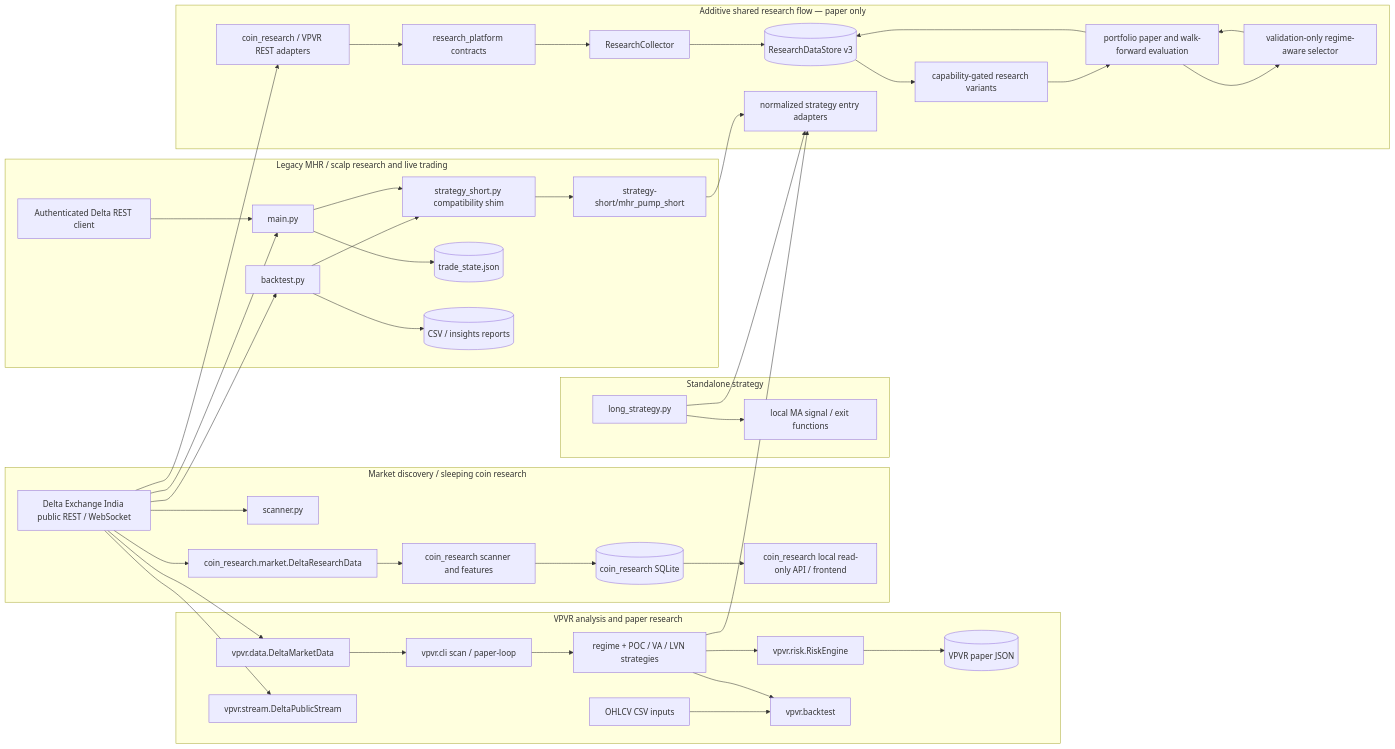
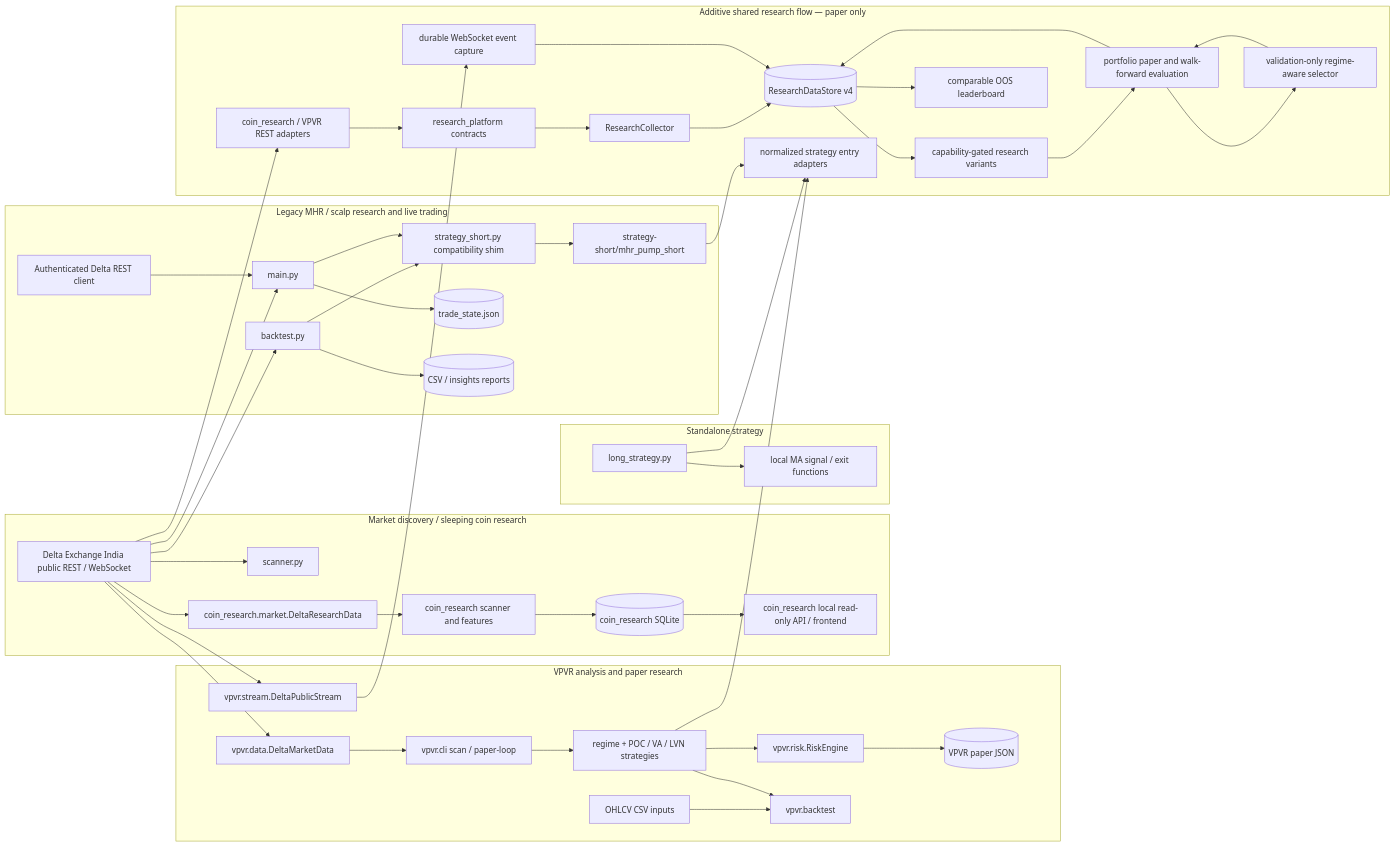
One commit to manjha28/del_trading_bot changed the diagram in docs/UNIFIED_PLATFORM_GAP_AUDIT.md. Above: the diagram before and after it, drawn with Mermaid. The commit also changed other lines of this file and 18 other files, not shown here.

````diff
--- a/docs/UNIFIED_PLATFORM_GAP_AUDIT.md
+++ b/docs/UNIFIED_PLATFORM_GAP_AUDIT.md
@@ -115,69 +168,73 @@
 ```mermaid
 flowchart LR
   Delta[Delta Exchange India public REST / WebSocket]
   Auth[Authenticated Delta REST client]
 
   subgraph Discovery["Market discovery / sleeping coin research"]
     Scanner[scanner.py]
     CoinMarket[coin_research.market.DeltaResearchData]
     CoinScan[coin_research scanner and features]
     CoinStore[(coin_research SQLite)]
     CoinUI[coin_research local read-only API / frontend]
     Delta --> Scanner
     Delta --> CoinMarket --> CoinScan --> CoinStore --> CoinUI
   end
 
   subgraph VPVR["VPVR analysis and paper research"]
     VPData[vpvr.data.DeltaMarketData]
     VPStream[vpvr.stream.DeltaPublicStream]
     VPScan[vpvr.cli scan / paper-loop]
     VPStrategies[regime + POC / VA / LVN strategies]
     VPRisk[vpvr.risk.RiskEngine]
     VPPaper[(VPVR paper JSON)]
     VPBT[vpvr.backtest]
     Delta --> VPData --> VPScan --> VPStrategies --> VPRisk --> VPPaper
     Delta --> VPStream
     CSV[OHLCV CSV inputs] --> VPBT
     VPStrategies --> VPBT
   end
 
   subgraph Legacy["Legacy MHR / scalp research and live trading"]
     Backtest[backtest.py]
     Shim[strategy_short.py compatibility shim]
     MHR[strategy-short/mhr_pump_short]
     Main[main.py]
     State[(trade_state.json)]
     Reports[(CSV / insights reports)]
     Delta --> Backtest
     Backtest --> Shim --> MHR
     Backtest --> Reports
     Delta --> Main
     Auth --> Main
     Main --> Shim
     Main --> State
   end
 
   subgraph Standalone["Standalone strategy"]
     Long[long_strategy.py]
     LongBT[local MA signal / exit functions]
     Long --> LongBT
   end
 
   subgraph Foundation["Additive shared research flow — paper only"]
     Contracts[research_platform contracts]
     Adapters[coin_research / VPVR REST adapters]
     Collector[ResearchCollector]
-    Canonical[(ResearchDataStore v3)]
+    Canonical[(ResearchDataStore v4)]
     SignalAdapters[normalized strategy entry adapters]
     Variants[capability-gated research variants]
     PaperEval[portfolio paper and walk-forward evaluation]
     Selector[validation-only regime-aware selector]
+    Leaderboard[comparable OOS leaderboard]
+    DurableCapture[durable WebSocket event capture]
     Delta --> Adapters --> Contracts --> Collector --> Canonical
+    VPStream --> DurableCapture --> Canonical
     Canonical --> Variants --> PaperEval --> Selector
     Selector --> PaperEval
     PaperEval --> Canonical
+    Canonical --> Leaderboard
     MHR --> SignalAdapters
     Long --> SignalAdapters
     VPStrategies --> SignalAdapters
   end
 ```
````
